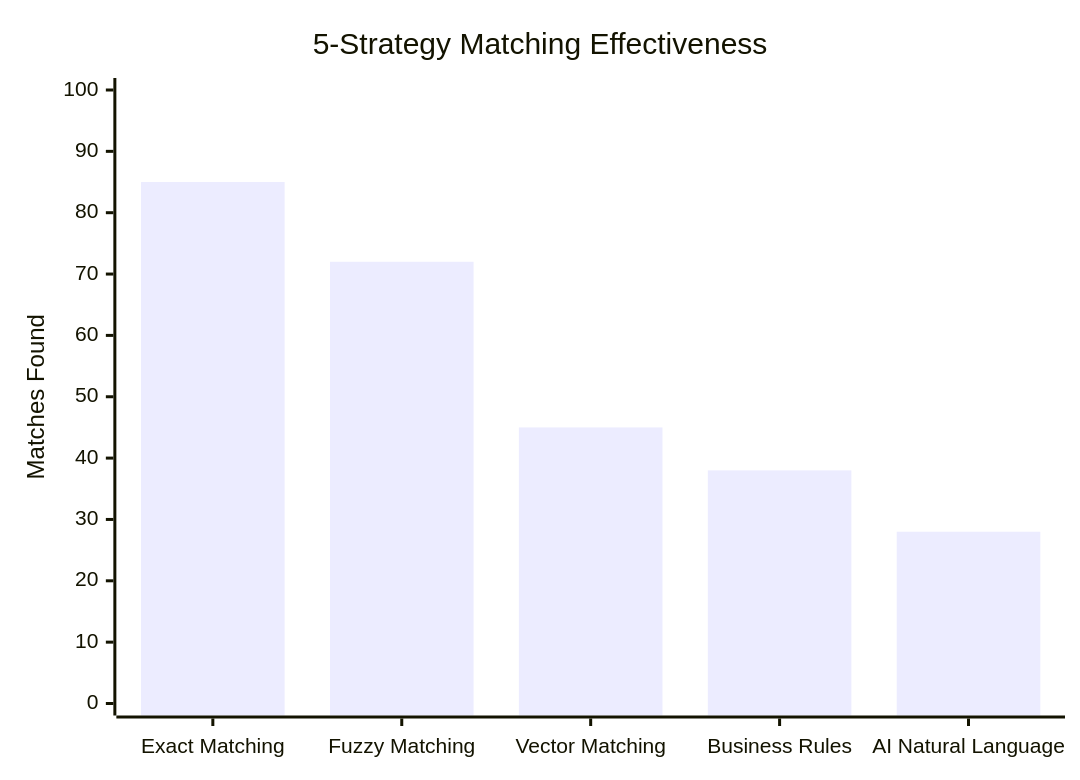
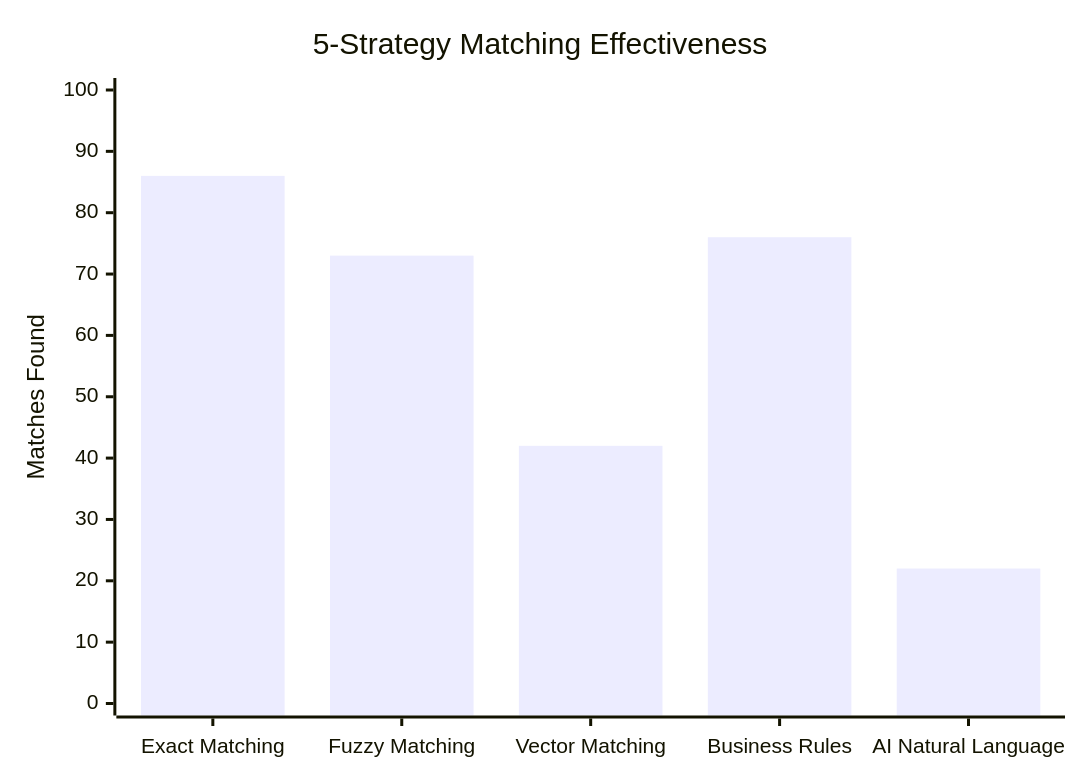
Before and after one commit to johanesalxd/mdm-gcp: the second of 4 diagrams in batch_mdm_gcp/MDM_BATCH_RESULTS.md, drawn with Mermaid. The commit also changed other lines of this file and 1 other file, not shown here.

````diff
--- a/batch_mdm_gcp/MDM_BATCH_RESULTS.md
+++ b/batch_mdm_gcp/MDM_BATCH_RESULTS.md
@@ -119,7 +119,7 @@
 ```mermaid
 xychart-beta
     title "5-Strategy Matching Effectiveness"
     x-axis ["Exact Matching", "Fuzzy Matching", "Vector Matching", "Business Rules", "AI Natural Language"]
     y-axis "Matches Found" 0 --> 100
-    bar [85, 72, 45, 38, 28]
+    bar [86, 73, 42, 76, 22]
 ```
````
